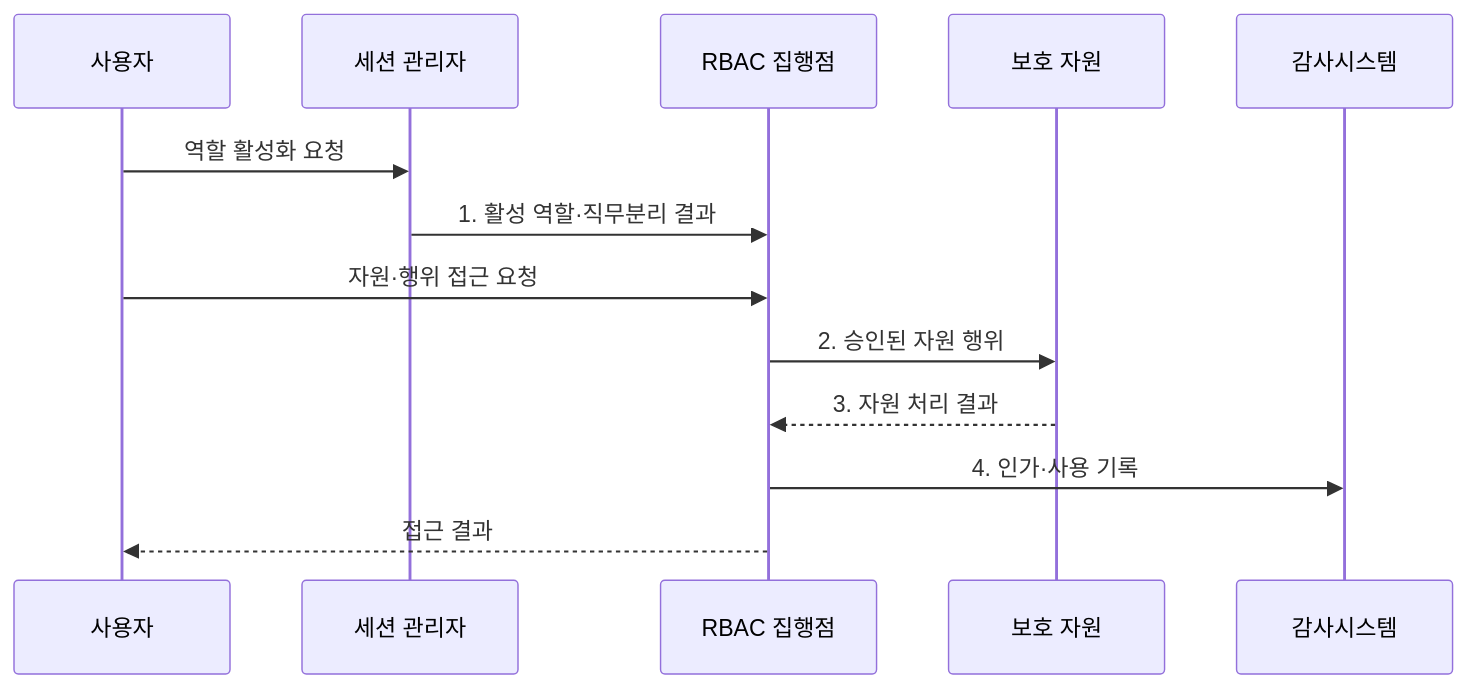
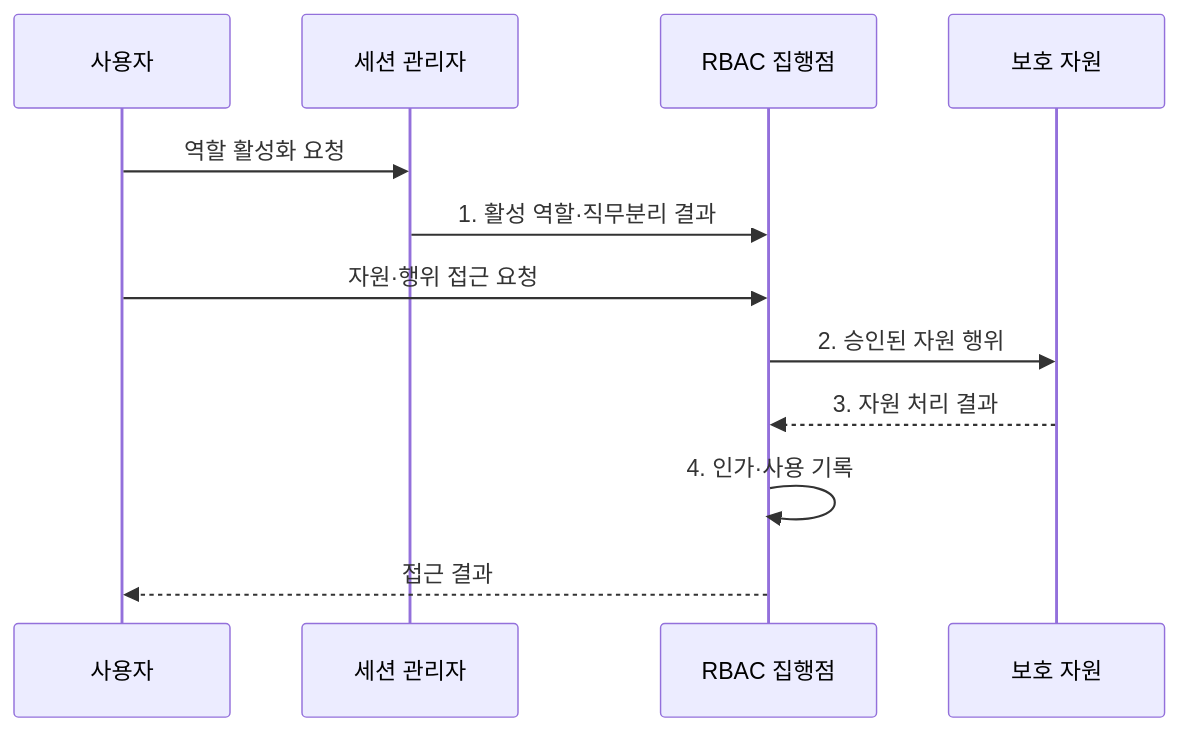
Before and after one commit to agnusdei1207/knowledge-base: the second of 2 diagrams in src/content/docs/notes/05-security/059_rbac.md, drawn with Mermaid. The commit also changed 8 other files, not shown here.

Commit message:
Consolidate access control sequence roles

````diff
--- a/src/content/docs/notes/05-security/059_rbac.md
+++ b/src/content/docs/notes/05-security/059_rbac.md
@@ -97,15 +97,14 @@
 ```mermaid
 sequenceDiagram
     participant U as 사용자
     participant S as 세션 관리자
     participant P as RBAC 집행점
     participant R as 보호 자원
-    participant 감사시스템
     U->>S: 역할 활성화 요청
     S->>P: 1. 활성 역할·직무분리 결과
     U->>P: 자원·행위 접근 요청
     P->>R: 2. 승인된 자원 행위
     R-->>P: 3. 자원 처리 결과
-    P->>감사시스템: 4. 인가·사용 기록
+    P->>P: 4. 인가·사용 기록
     P-->>U: 접근 결과
 ```
````
